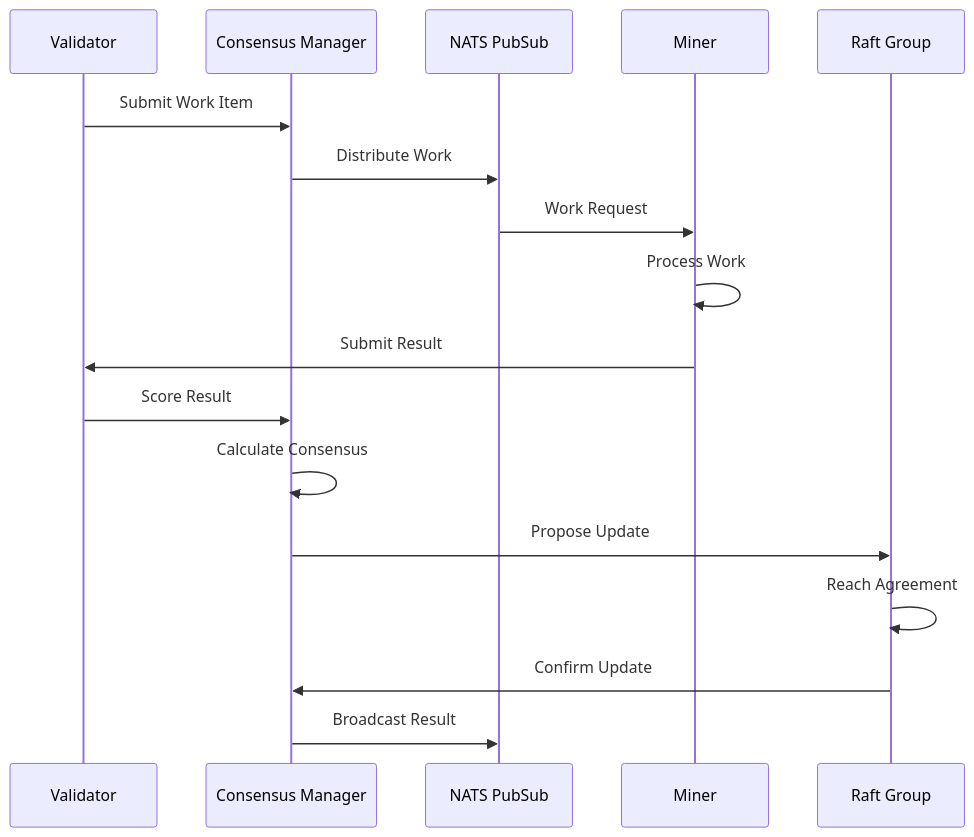
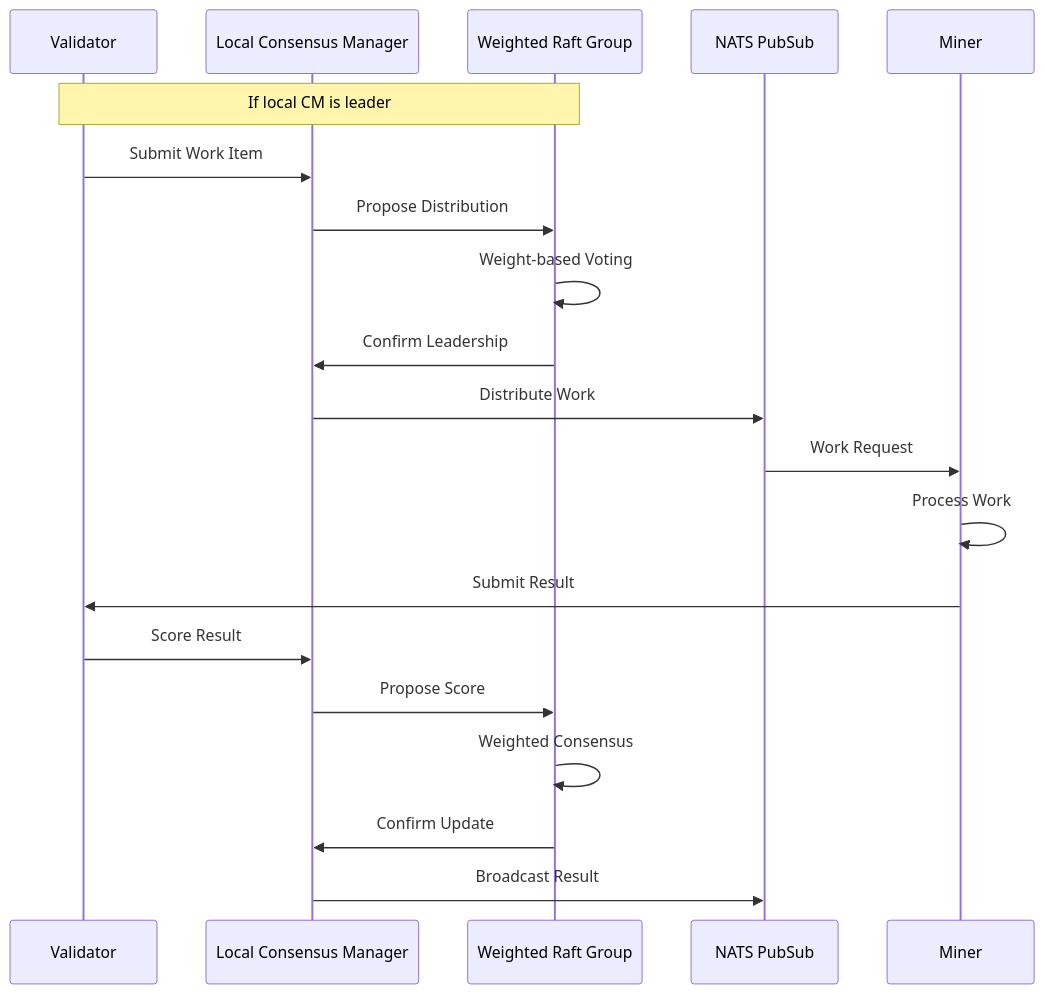
The second of 5 diagrams in ARCHITECTURE.md (Nickel5-Inc/mycelium), drawn with Mermaid before and after one commit. The commit also changed other lines of this file and 2 other files, not shown here.

````diff
--- a/ARCHITECTURE.md
+++ b/ARCHITECTURE.md
@@ -70,20 +93,24 @@
 ```mermaid
 sequenceDiagram
     participant V as Validator
-    participant CM as Consensus Manager
+    participant CM as Local Consensus Manager
+    participant WR as Weighted Raft Group
     participant NATS as NATS PubSub
     participant M as Miner
-    participant R as Raft Group
 
+    Note over V,WR: If local CM is leader
     V->>CM: Submit Work Item
+    CM->>WR: Propose Distribution
+    WR->>WR: Weight-based Voting
+    WR->>CM: Confirm Leadership
     CM->>NATS: Distribute Work
     NATS->>M: Work Request
+    
     M->>M: Process Work
     M->>V: Submit Result
     V->>CM: Score Result
-    CM->>CM: Calculate Consensus
-    CM->>R: Propose Update
-    R->>R: Reach Agreement
-    R->>CM: Confirm Update
+    CM->>WR: Propose Score
+    WR->>WR: Weighted Consensus
+    WR->>CM: Confirm Update
     CM->>NATS: Broadcast Result
 ```
````
